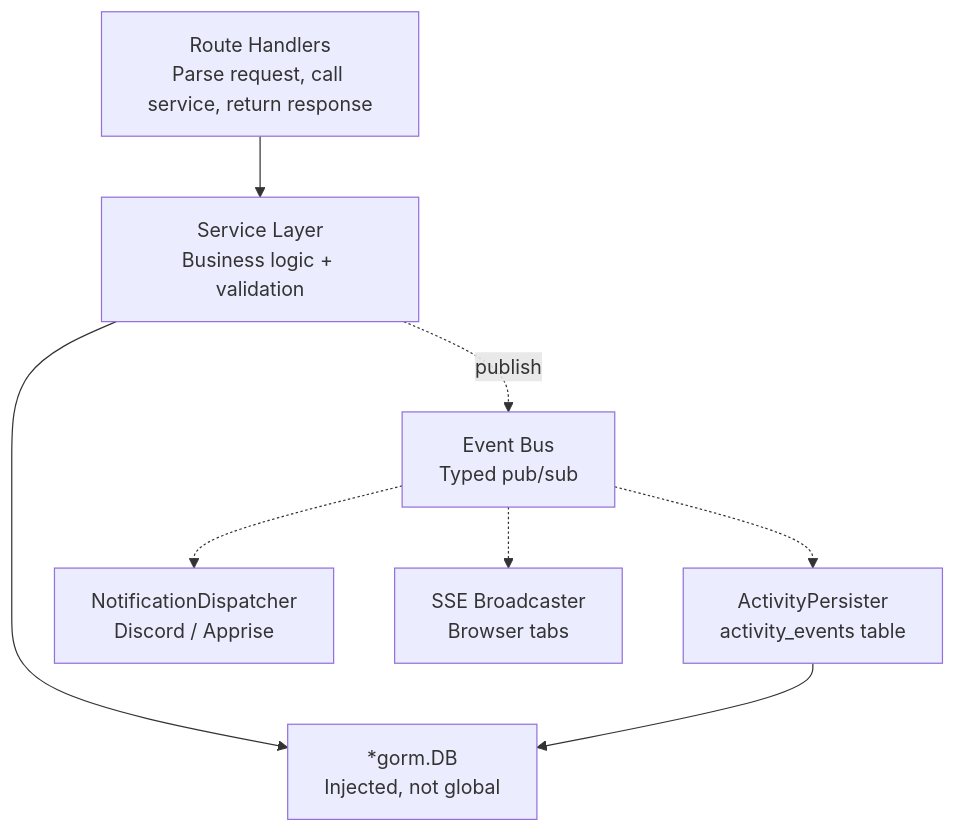
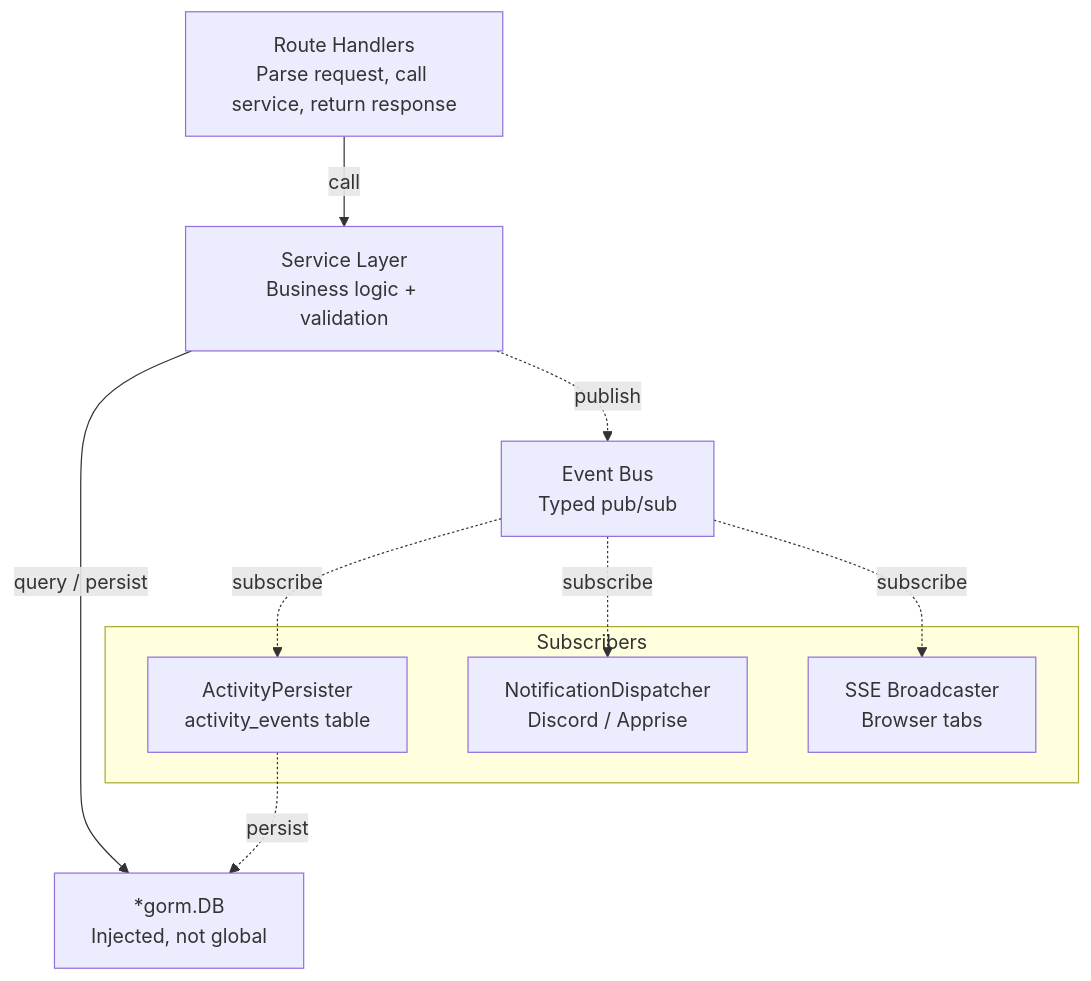
One commit to Wesleyl89/capacitarr changed the third of 6 diagrams in docs/reference/architecture.md. Above: the diagram before and after it, drawn with Mermaid. The commit also changed other lines of this file and 50 other files, not shown here.

````diff
--- a/docs/reference/architecture.md
+++ b/docs/reference/architecture.md
@@ -82,18 +95,22 @@
 ```mermaid
 flowchart TD
     ROUTES["Route Handlers<br/>Parse request, call service, return response"]
     SERVICES["Service Layer<br/>Business logic + validation"]
     DB["*gorm.DB<br/>Injected, not global"]
     BUS["Event Bus<br/>Typed pub/sub"]
-    ACTIVITY["ActivityPersister<br/>activity_events table"]
-    NOTIF["NotificationDispatcher<br/>Discord / Apprise"]
-    SSE["SSE Broadcaster<br/>Browser tabs"]
 
-    ROUTES --> SERVICES
-    SERVICES --> DB
+    subgraph SUBSCRIBERS["Subscribers"]
+        ACTIVITY["ActivityPersister<br/>activity_events table"]
+        NOTIF["NotificationDispatcher<br/>Discord / Apprise"]
+        SSE["SSE Broadcaster<br/>Browser tabs"]
+    end
+
+    ROUTES -->|"call"| SERVICES
+    SERVICES -->|"query / persist"| DB
     SERVICES -.->|"publish"| BUS
-    BUS -.-> ACTIVITY
-    BUS -.-> NOTIF
-    BUS -.-> SSE
-    ACTIVITY --> DB
+    BUS -.->|"subscribe"| ACTIVITY
+    BUS -.->|"subscribe"| NOTIF
+    BUS -.->|"subscribe"| SSE
+    ACTIVITY -.->|"persist"| DB
+
 ```
````
